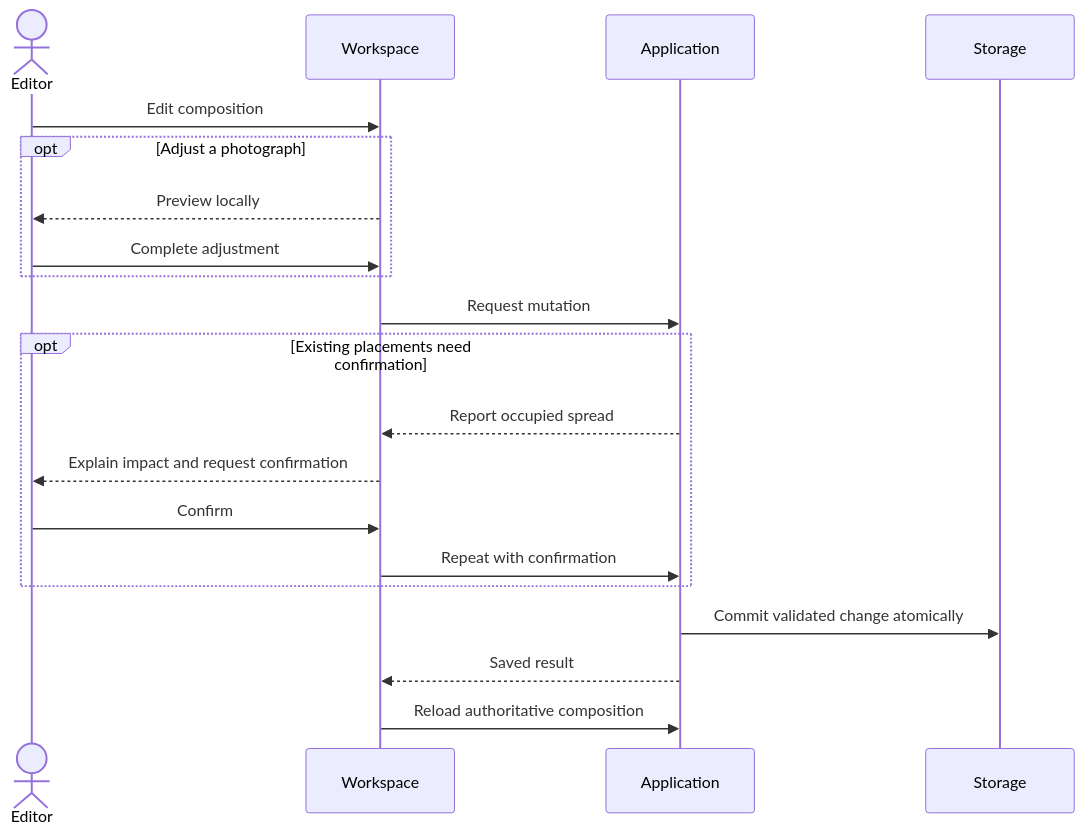
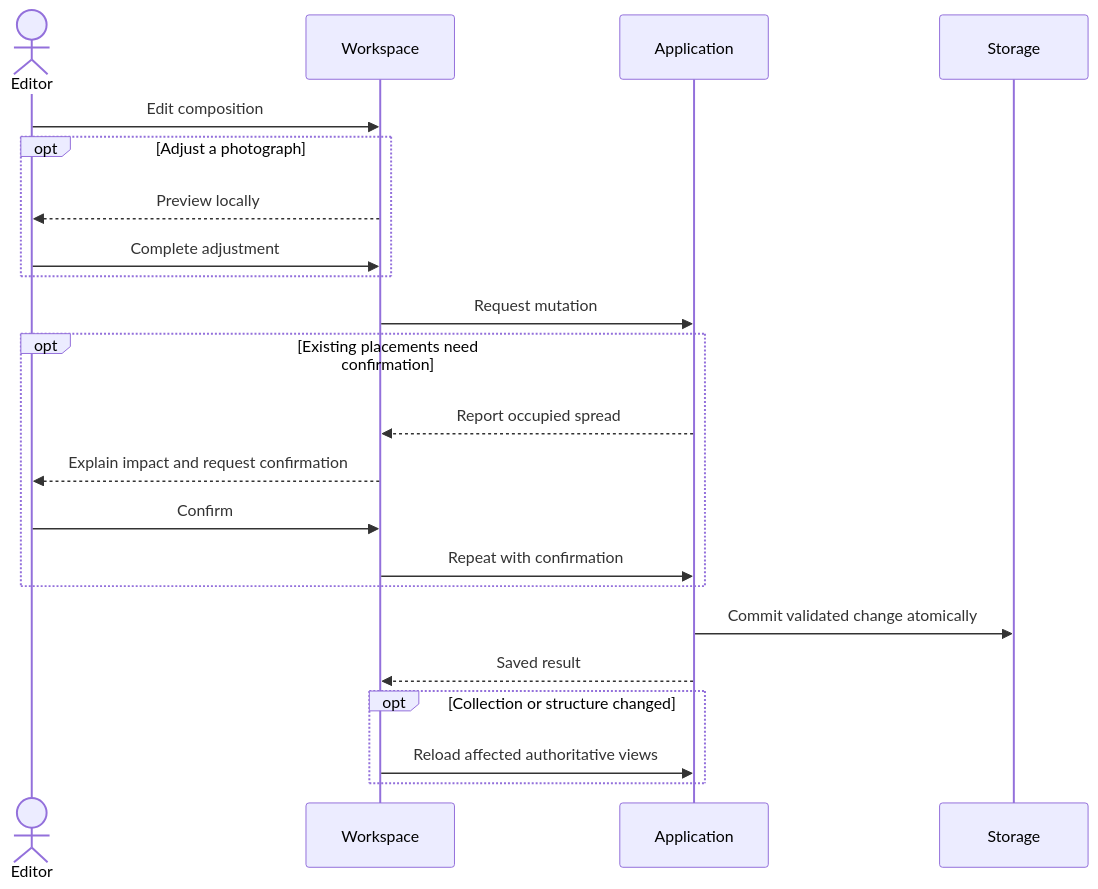
One commit to Shepherd-s-Den/photography changed the fourth of 5 diagrams in specs/design.md. Above: the diagram before and after it, drawn with Mermaid.

Commit message:
Clarify conditional view refresh in editing lifecycle
Completed photo adjustments save without refreshing workspace views; collection and structure changes reload affected authoritative views.

````diff
--- a/specs/design.md
+++ b/specs/design.md
@@ -56,22 +56,24 @@
 ```mermaid
 sequenceDiagram
   actor Editor
   participant Workspace
   participant Application
   participant Storage
   Editor->>Workspace: Edit composition
   opt Adjust a photograph
     Workspace-->>Editor: Preview locally
     Editor->>Workspace: Complete adjustment
   end
   Workspace->>Application: Request mutation
   opt Existing placements need confirmation
     Application-->>Workspace: Report occupied spread
     Workspace-->>Editor: Explain impact and request confirmation
     Editor->>Workspace: Confirm
     Workspace->>Application: Repeat with confirmation
   end
   Application->>Storage: Commit validated change atomically
   Application-->>Workspace: Saved result
-  Workspace->>Application: Reload authoritative composition
+  opt Collection or structure changed
+    Workspace->>Application: Reload affected authoritative views
+  end
 ```
````
